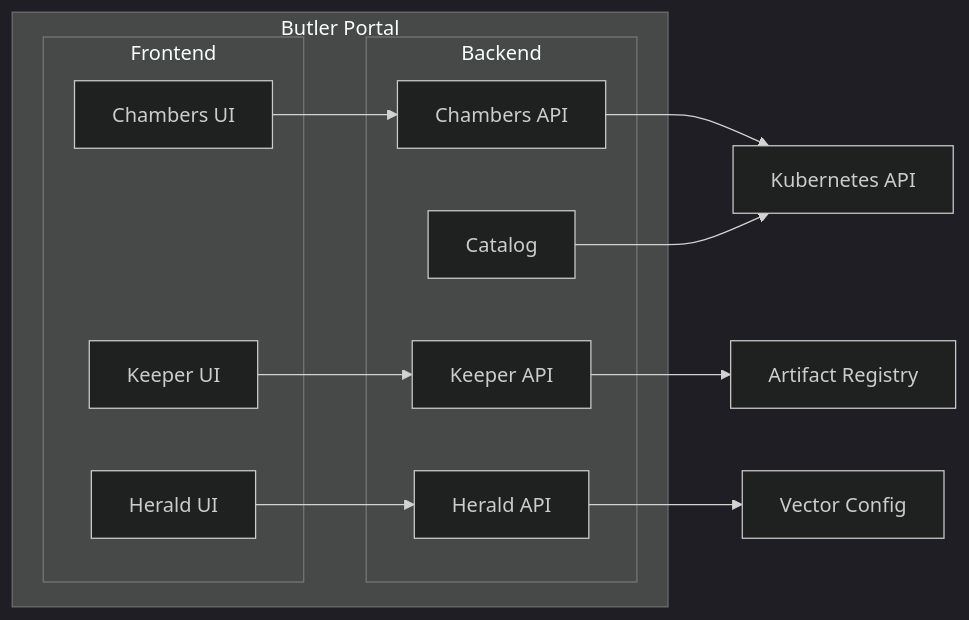
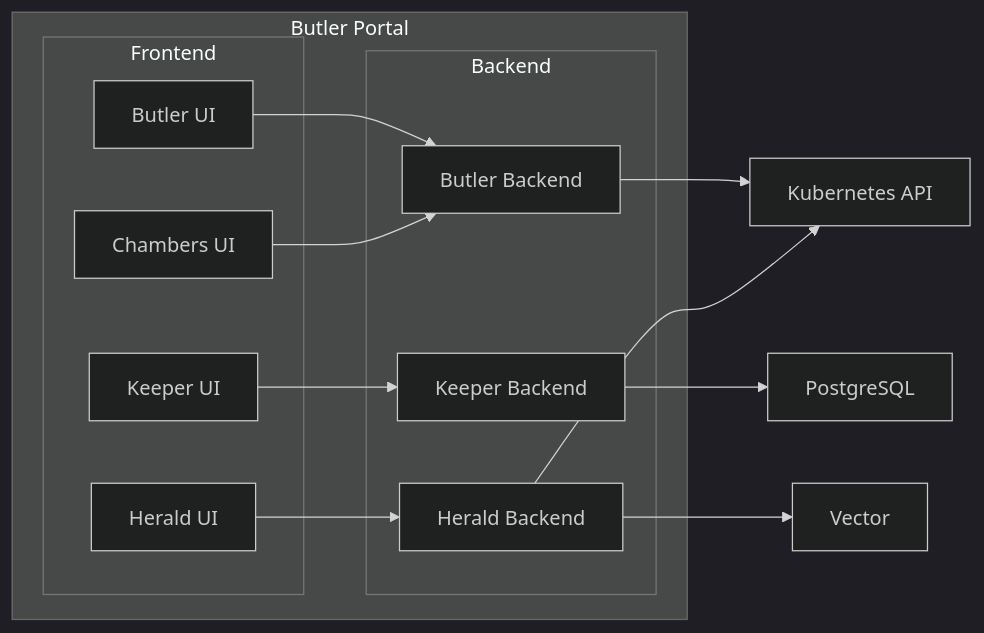
Before and after one commit to butlerdotdev/butler-portal: the diagram in docs/overview/concepts.md, drawn with Mermaid (dark theme). The commit also changed 1 other file, not shown here.

Commit message:
docs: fix concepts diagram and status label consistency
Fix mermaid diagram in concepts.md to show Chambers routing through
Butler Backend instead of a nonexistent Chambers API. Align Alfred
and Jeeves status labels to "Coming Soon" across all files.

````diff
--- a/docs/overview/concepts.md
+++ b/docs/overview/concepts.md
@@ -125,25 +125,26 @@
 ```mermaid
 flowchart LR
     subgraph portal["Butler Portal"]
         subgraph fe["Frontend"]
-            A["Chambers UI"]
-            B["Keeper UI"]
-            C["Herald UI"]
+            A["Butler UI"]
+            B["Chambers UI"]
+            C["Keeper UI"]
+            D["Herald UI"]
         end
         subgraph be["Backend"]
-            D["Chambers API"]
-            E["Keeper API"]
-            F["Herald API"]
-            G["Catalog"]
+            E["Butler Backend"]
+            F["Keeper Backend"]
+            G["Herald Backend"]
         end
     end
 
-    A --> D
+    A --> E
     B --> E
     C --> F
+    D --> G
 
-    D --> H["Kubernetes API"]
-    E --> I["Artifact Registry"]
-    F --> J["Vector Config"]
+    E --> H["Kubernetes API"]
+    F --> I["PostgreSQL"]
+    G --> J["Vector"]
     G --> H
 ```
````
